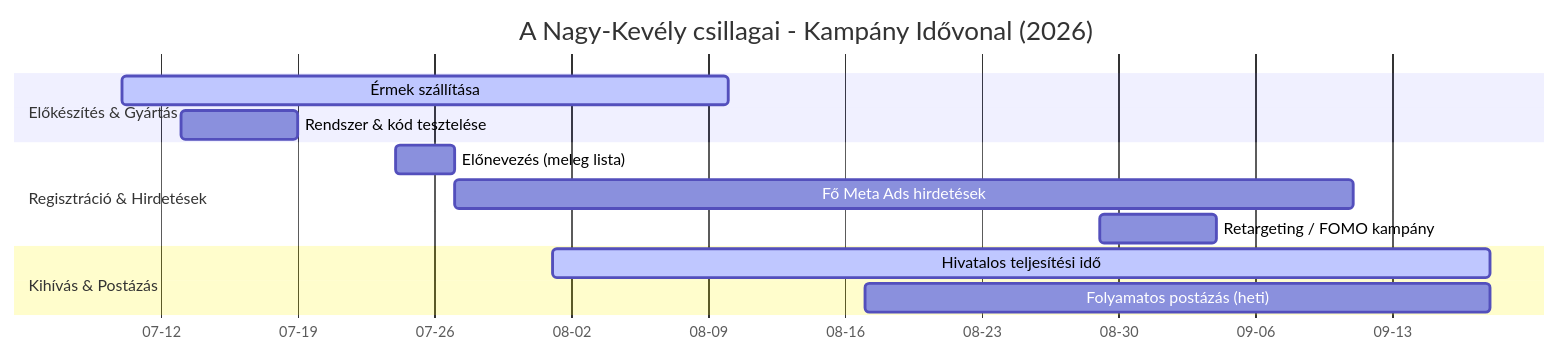
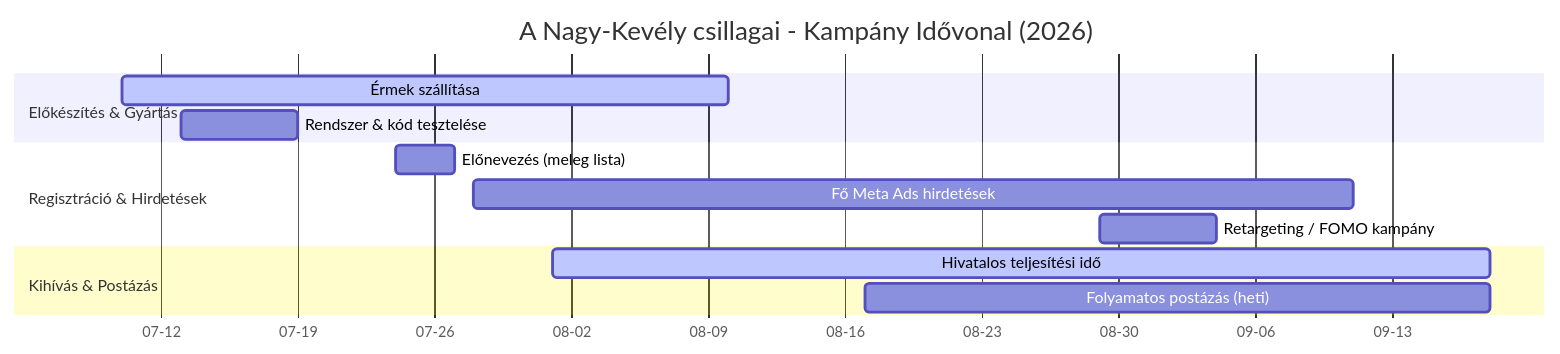
The diagram in VitaSteps/campaigns/nagy_kevely_csillagai.md (Admex666/other_projects), drawn with Mermaid before and after one commit. The commit also changed 14 other files, not shown here.

````diff
--- a/VitaSteps/campaigns/nagy_kevely_csillagai.md
+++ b/VitaSteps/campaigns/nagy_kevely_csillagai.md
@@ -30,19 +30,19 @@
 ```mermaid
 gantt
     title A Nagy-Kevély csillagai - Kampány Idővonal (2026)
     dateFormat  YYYY-MM-DD
     axisFormat  %m-%d
     
     section Előkészítés & Gyártás
     Érmek szállítása            :active, des1, 2026-07-10, 2026-08-10
     Rendszer & kód tesztelése   :des2, 2026-07-13, 2026-07-19
     
     section Regisztráció & Hirdetések
     Előnevezés (meleg lista)    :des3, 2026-07-24, 2026-07-27
-    Fő Meta Ads hirdetések      :des4, 2026-07-27, 2026-09-11
+    Fő Meta Ads hirdetések      :des4, 2026-07-28, 2026-09-11
     Retargeting / FOMO kampány  :des5, 2026-08-29, 2026-09-04
     
     section Kihívás & Postázás
     Hivatalos teljesítési idő   :active, des6, 2026-08-01, 2026-09-18
     Folyamatos postázás (heti)  :des8, 2026-08-17, 2026-09-18
 ```
````
